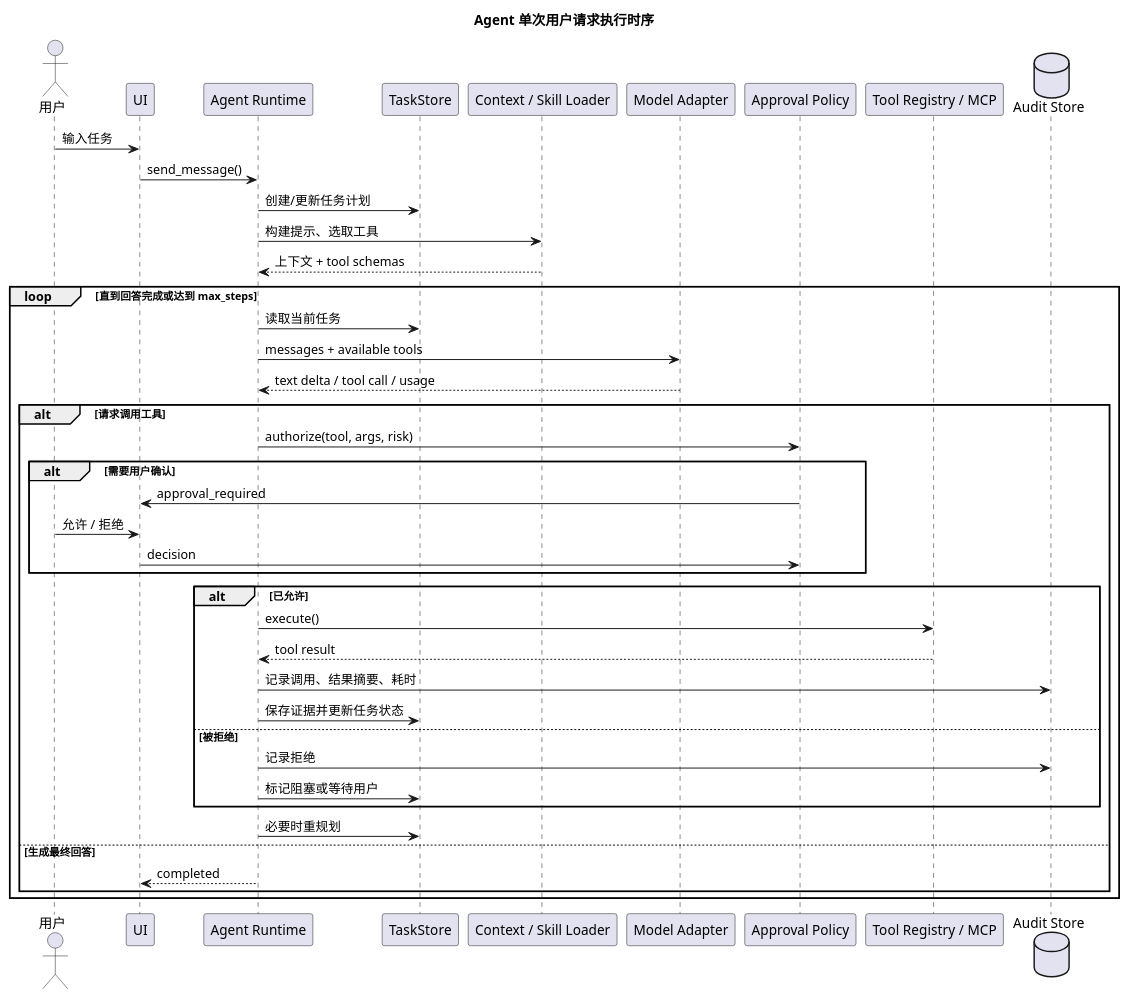
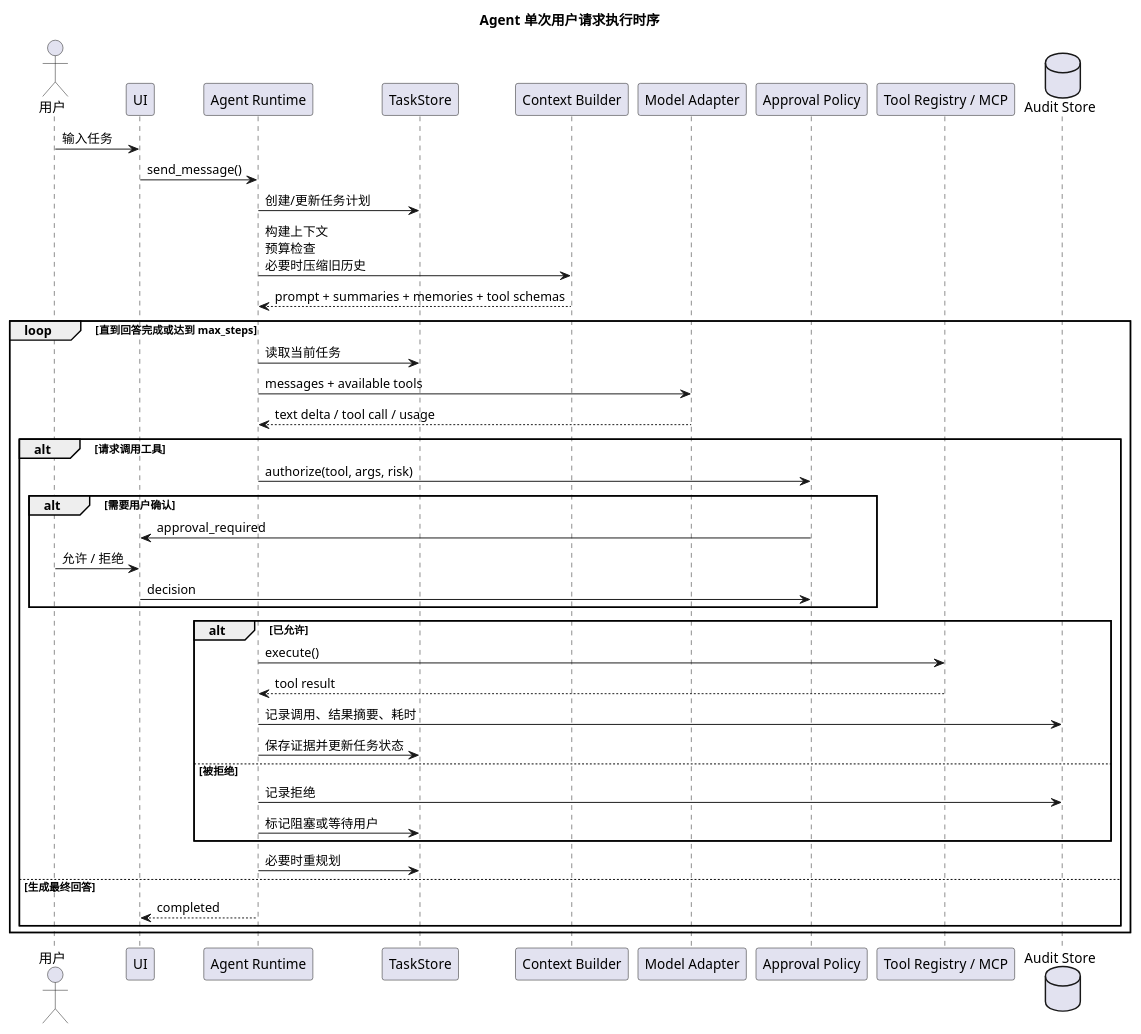
Before and after one commit to Amaz1ngJR/AgentLab: diagram 11 of 17 in docs/technical_architecture.md, drawn with PlantUML. The commit also changed other lines of this file and 25 other files, not shown here.

````diff
--- a/docs/technical_architecture.md
+++ b/docs/technical_architecture.md
@@ -934,45 +1106,45 @@
 ```plantuml
 @startuml
 title Agent 单次用户请求执行时序
 actor 用户 as User
 participant "UI" as UI
 participant "Agent Runtime" as Agent
 participant "TaskStore" as Store
-participant "Context / Skill Loader" as Skill
+participant "Context Builder" as Context
 participant "Model Adapter" as LLM
 participant "Approval Policy" as Policy
 participant "Tool Registry / MCP" as Tool
 database "Audit Store" as Audit
 
 User -> UI : 输入任务
 UI -> Agent : send_message()
 Agent -> Store : 创建/更新任务计划
-Agent -> Skill : 构建提示、选取工具
-Skill --> Agent : 上下文 + tool schemas
+Agent -> Context : 构建上下文\n预算检查\n必要时压缩旧历史
+Context --> Agent : prompt + summaries + memories + tool schemas
 loop 直到回答完成或达到 max_steps
   Agent -> Store : 读取当前任务
   Agent -> LLM : messages + available tools
   LLM --> Agent : text delta / tool call / usage
   alt 请求调用工具
     Agent -> Policy : authorize(tool, args, risk)
     alt 需要用户确认
       Policy -> UI : approval_required
       User -> UI : 允许 / 拒绝
       UI -> Policy : decision
     end
     alt 已允许
       Agent -> Tool : execute()
       Tool --> Agent : tool result
       Agent -> Audit : 记录调用、结果摘要、耗时
       Agent -> Store : 保存证据并更新任务状态
     else 被拒绝
       Agent -> Audit : 记录拒绝
       Agent -> Store : 标记阻塞或等待用户
     end
     Agent -> Store : 必要时重规划
   else 生成最终回答
     Agent --> UI : completed
   end
 end
 @enduml
 ```
````
